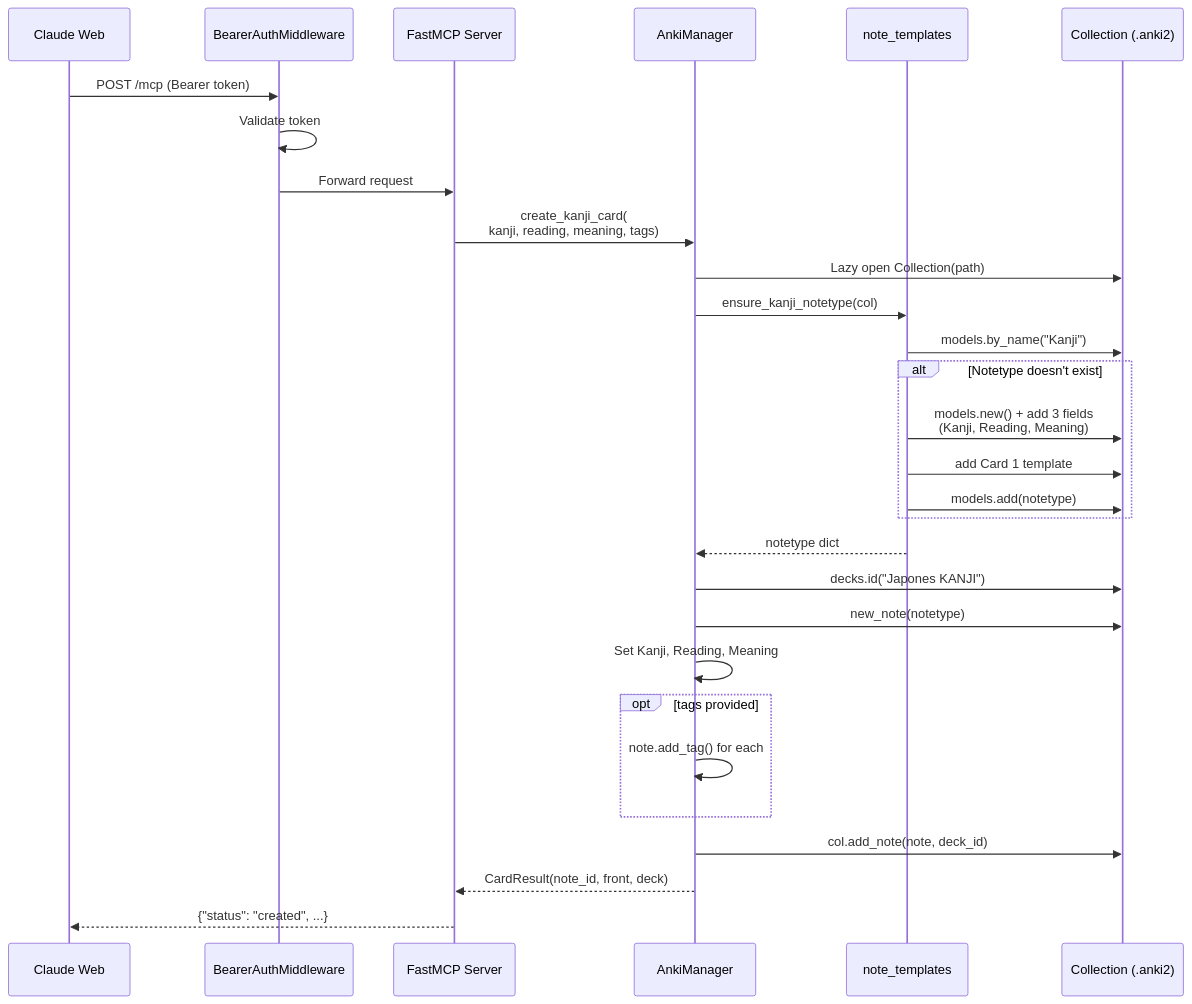
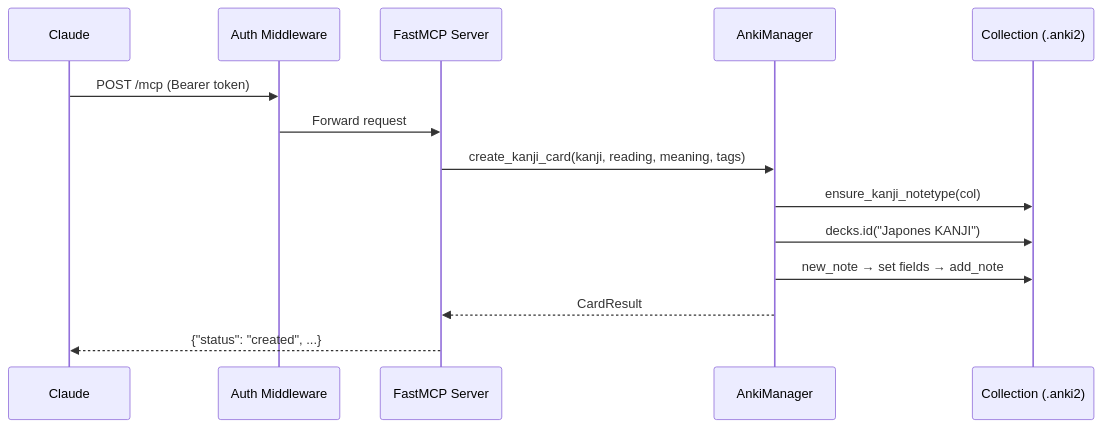
Before and after one commit to ThiagoLira/anki-mcp-manga: the third of 7 diagrams in README.md, drawn with Mermaid. The commit also changed other lines of this file, not shown here.

First line of the commit message:
Rewrite README with comprehensive setup and architecture docs

````diff
--- a/README.md
+++ b/README.md
@@ -84,39 +231,17 @@
 ```mermaid
 sequenceDiagram
-    participant C as Claude Web
-    participant A as BearerAuthMiddleware
+    participant C as Claude
+    participant A as Auth Middleware
     participant M as FastMCP Server
     participant AM as AnkiManager
-    participant NT as note_templates
     participant COL as Collection (.anki2)
 
     C->>A: POST /mcp (Bearer token)
-    A->>A: Validate token
     A->>M: Forward request
-
-    M->>AM: create_kanji_card(<br/>kanji, reading, meaning, tags)
-
-    AM->>COL: Lazy open Collection(path)
-    AM->>NT: ensure_kanji_notetype(col)
-    NT->>COL: models.by_name("Kanji")
-
-    alt Notetype doesn't exist
-        NT->>COL: models.new() + add 3 fields<br/>(Kanji, Reading, Meaning)
-        NT->>COL: add Card 1 template
-        NT->>COL: models.add(notetype)
-    end
-
-    NT-->>AM: notetype dict
-
+    M->>AM: create_kanji_card(kanji, reading, meaning, tags)
+    AM->>COL: ensure_kanji_notetype(col)
     AM->>COL: decks.id("Japones KANJI")
-    AM->>COL: new_note(notetype)
-    AM->>AM: Set Kanji, Reading, Meaning
-
-    opt tags provided
-        AM->>AM: note.add_tag() for each
-    end
-
-    AM->>COL: col.add_note(note, deck_id)
-    AM-->>M: CardResult(note_id, front, deck)
+    AM->>COL: new_note → set fields → add_note
+    AM-->>M: CardResult
     M-->>C: {"status": "created", ...}
 ```
````
